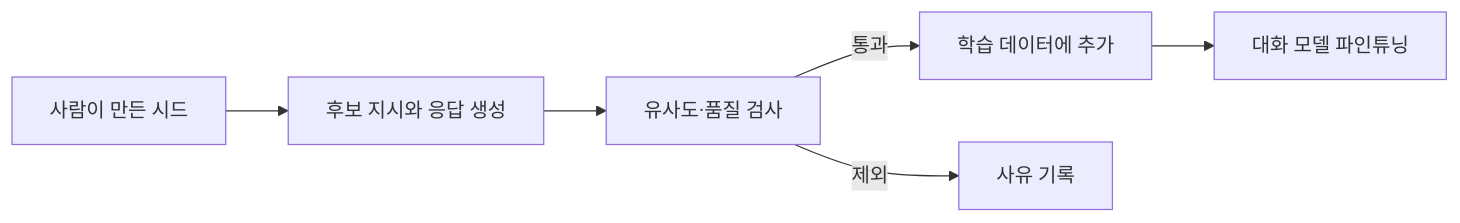
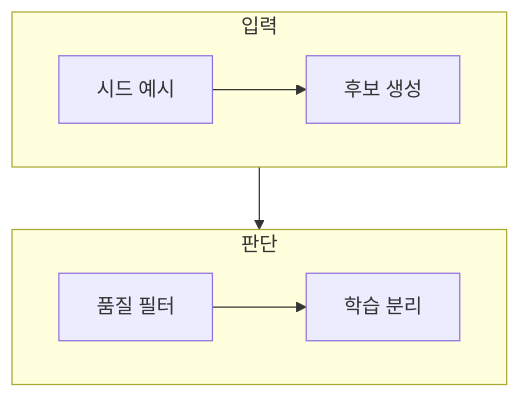
One commit to umyunsang/edu changed the diagram in ComputerScience/03_ai-ml-data/generative-ai-fine-tuning/notes/46. 지시문 데이터와 대화 파인튜닝.md. Above: the diagram before and after it, drawn with Mermaid. The commit also changed other lines of this file and 9 other files, not shown here.

````diff
--- a/ComputerScience/03_ai-ml-data/generative-ai-fine-tuning/notes/46. 지시문 데이터와 대화 파인튜닝.md
+++ b/ComputerScience/03_ai-ml-data/generative-ai-fine-tuning/notes/46. 지시문 데이터와 대화 파인튜닝.md
@@ -54,8 +24,12 @@
 ```mermaid
-flowchart LR
-    A["사람이 만든 시드"] --> B["후보 지시와 응답 생성"]
-    B --> C["유사도·품질 검사"]
-    C -->|통과| D["학습 데이터에 추가"]
-    C -->|제외| E["사유 기록"]
-    D --> F["대화 모델 파인튜닝"]
+flowchart TB
+    subgraph Input[입력]
+        direction LR
+        A[시드 예시] --> B[후보 생성]
+    end
+    subgraph Decision[판단]
+        direction LR
+        C[품질 필터] --> D[학습 분리]
+    end
+    B --> C
 ```
````
